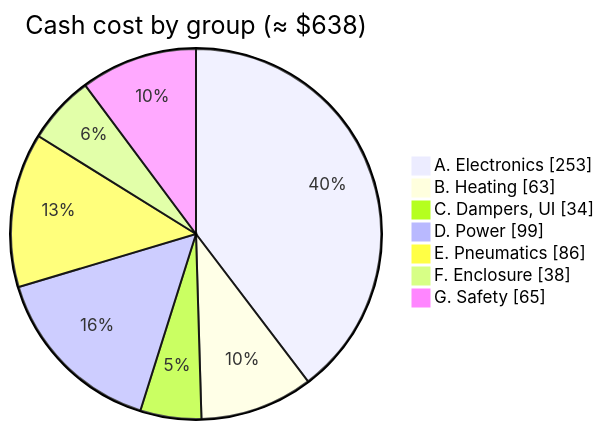
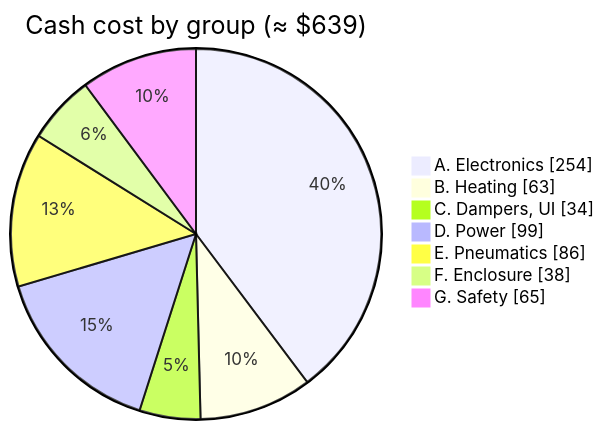
Before and after one commit to BashfulBits/3dp-fleet-exhaust: the diagram in docs/03_bill_of_materials.md, drawn with Mermaid. The commit also changed other lines of this file and 3 other files, not shown here.

````diff
--- a/docs/03_bill_of_materials.md
+++ b/docs/03_bill_of_materials.md
@@ -28,11 +28,11 @@
 ```mermaid
 pie showData
-  title Cash cost by group (≈ $638)
-  "A. Electronics" : 253
+  title Cash cost by group (≈ $639)
+  "A. Electronics" : 254
   "B. Heating" : 63
   "C. Dampers, UI" : 34
   "D. Power" : 99
   "E. Pneumatics" : 86
   "F. Enclosure" : 38
   "G. Safety" : 65
 ```
````
